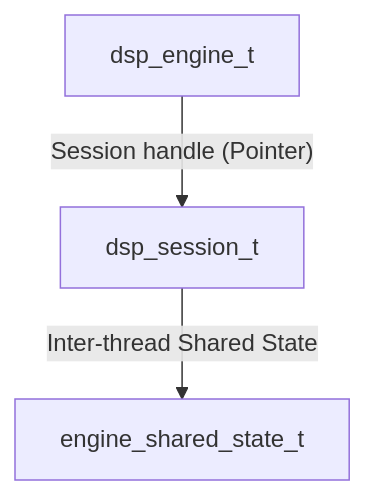
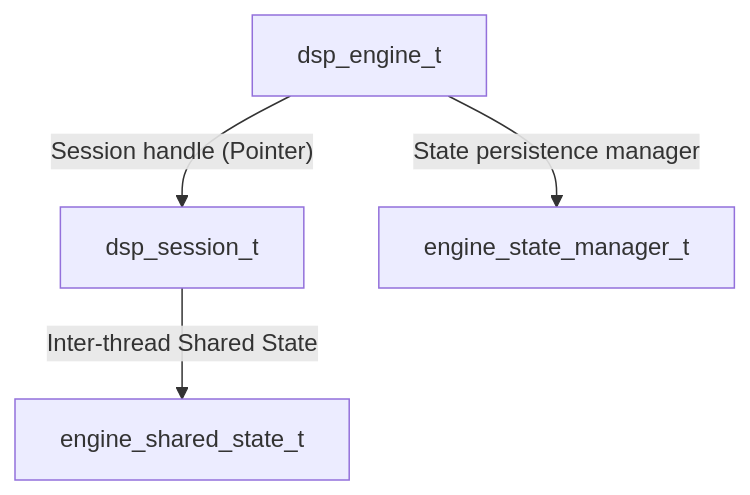
One commit to Wang-Yue/cdsp changed the first of 7 diagrams in engine_state_management.md. Above: the diagram before and after it, drawn with Mermaid. The commit also changed other lines of this file and 2 other files, not shown here.

Commit message:
feat: update documentation with mermaid diagrams for concurrency and state management

````diff
--- a/engine_state_management.md
+++ b/engine_state_management.md
@@ -11,5 +11,6 @@
 ```mermaid
 graph TD
     dsp_engine_t -->|"Session handle (Pointer)"| dsp_session_t
+    dsp_engine_t -->|"State persistence manager"| engine_state_manager_t
     dsp_session_t -->|"Inter-thread Shared State"| engine_shared_state_t
 ```
````
